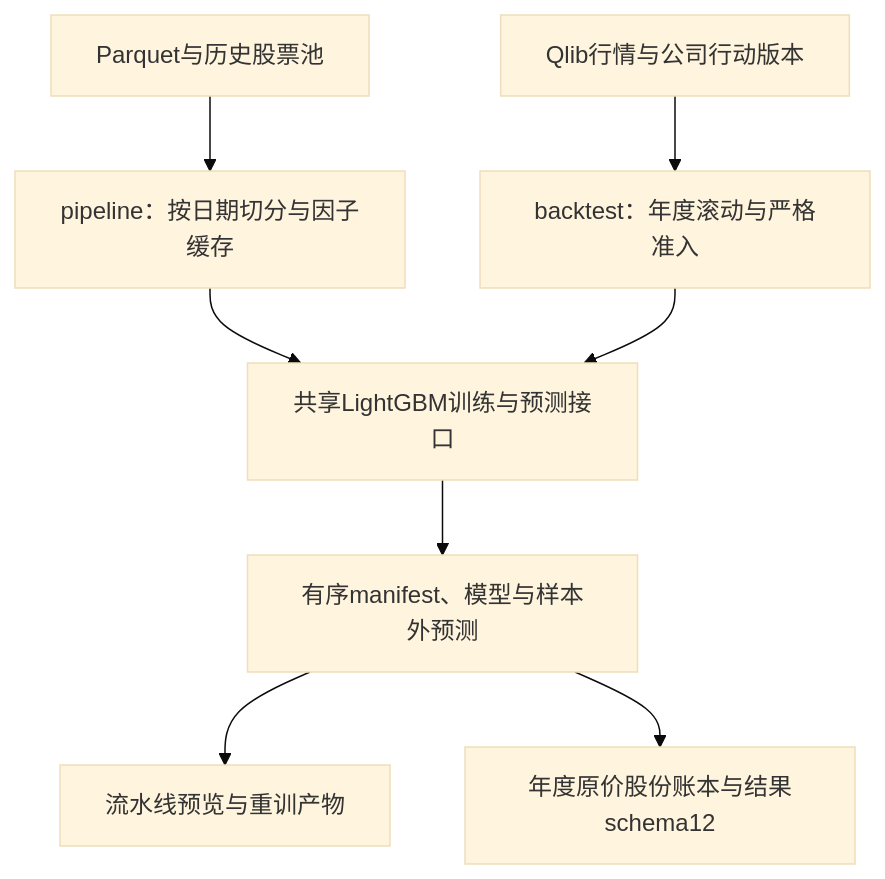
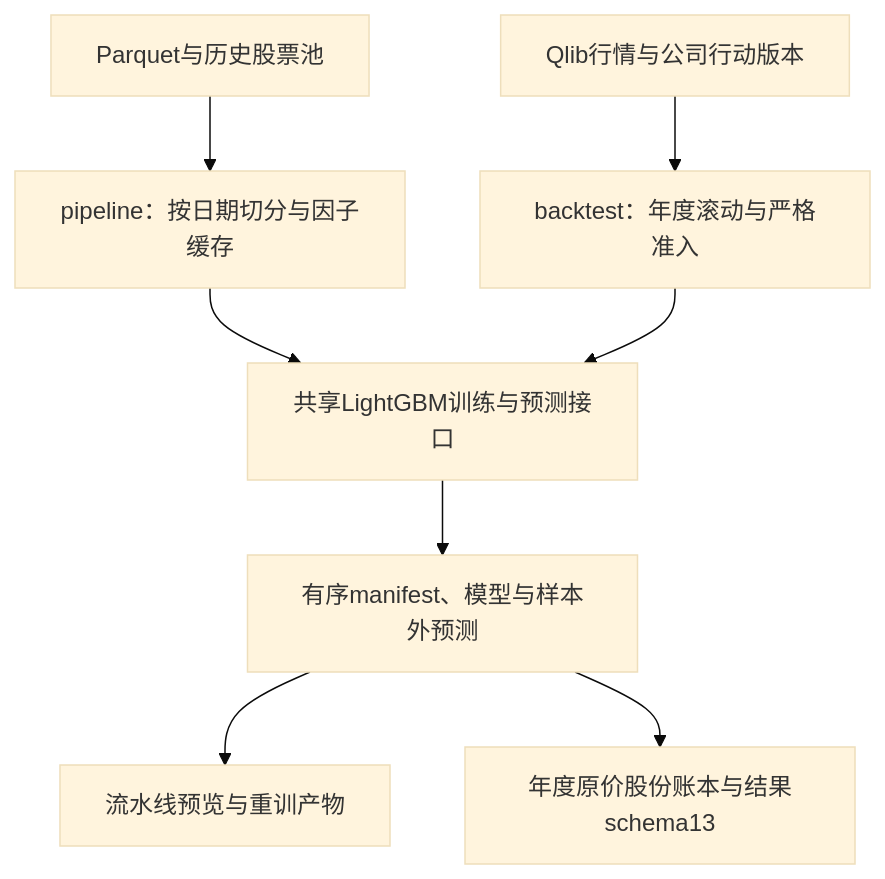
Before and after one commit to Dennishaha/JFQuant: the first of 6 diagrams in crates/ml/README.md, drawn with Mermaid (base theme). The commit also changed other lines of this file and 78 other files, not shown here.

````diff
--- a/crates/ml/README.md
+++ b/crates/ml/README.md
@@ -27,10 +27,10 @@
 ```mermaid
 flowchart TD
   PARQUET["Parquet与历史股票池"] --> PIPE["pipeline：按日期切分与因子缓存"]
   QLIB["Qlib行情与公司行动版本"] --> YEAR["backtest：年度滚动与严格准入"]
   PIPE --> TRAIN["共享LightGBM训练与预测接口"]
   YEAR --> TRAIN
   TRAIN --> MODEL["有序manifest、模型与样本外预测"]
   MODEL --> TABLE["流水线预览与重训产物"]
-  MODEL --> LEDGER["年度原价股份账本与结果schema12"]
+  MODEL --> LEDGER["年度原价股份账本与结果schema13"]
 ```
````
